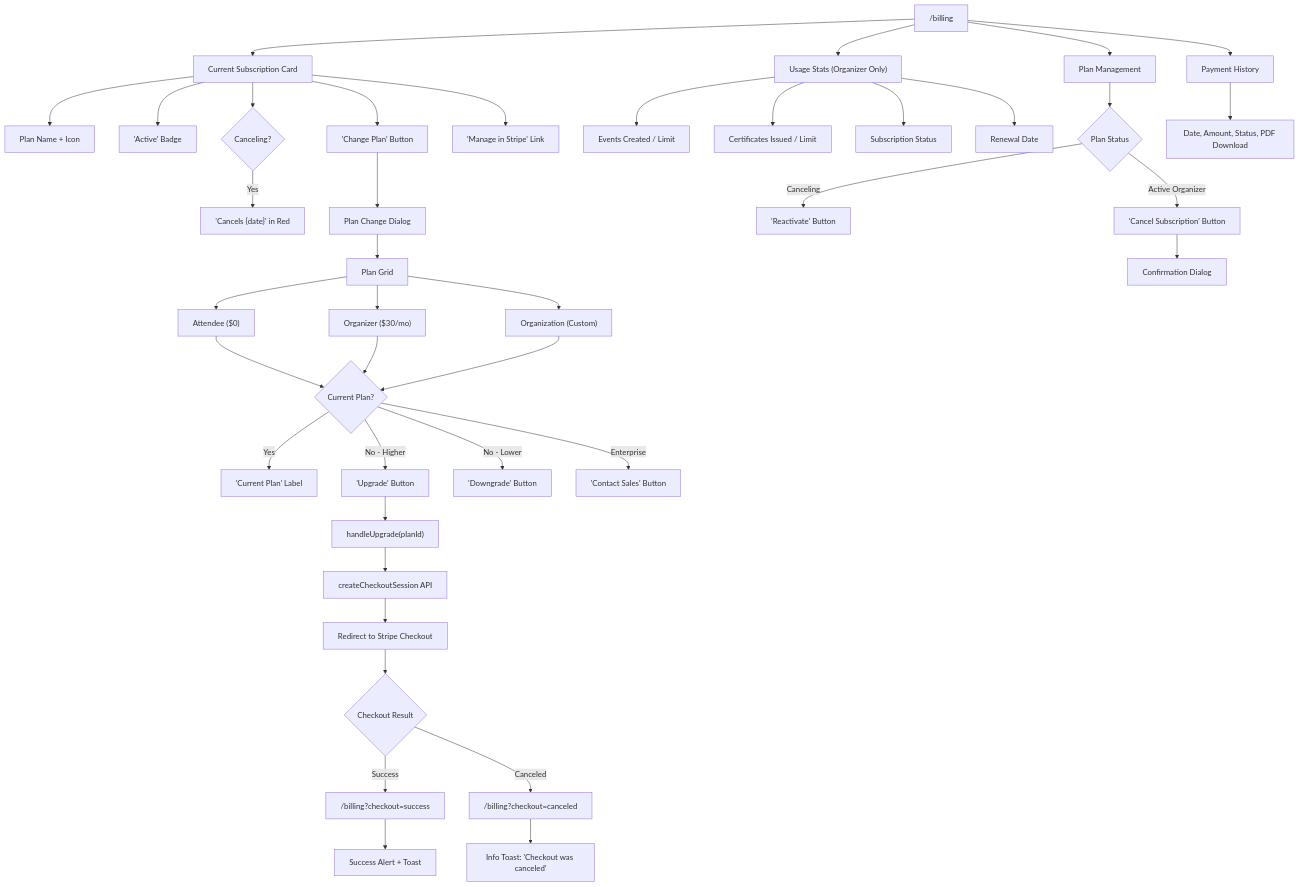
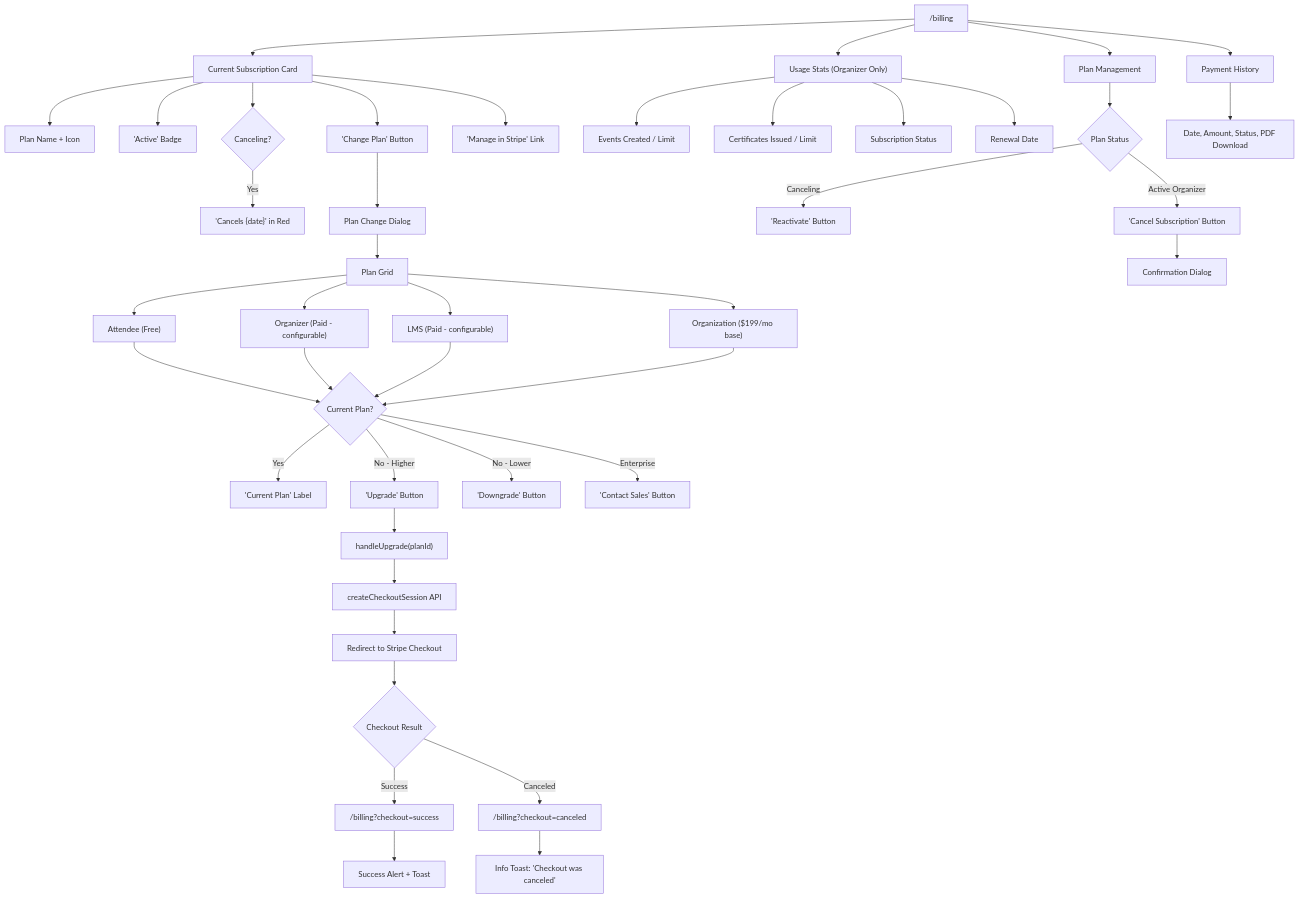
Before and after one commit to Rutvikrj26/cpd_events: diagram 17 of 29 in frontend/USER_WORKFLOWS.md, drawn with Mermaid. The commit also changed other lines of this file and 305 other files, not shown here.

````diff
--- a/frontend/USER_WORKFLOWS.md
+++ b/frontend/USER_WORKFLOWS.md
@@ -659,48 +659,50 @@
 ```mermaid
 flowchart TD
     A["/billing"] --> B["Current Subscription Card"]
     B --> B1["Plan Name + Icon"]
     B --> B2["'Active' Badge"]
     B --> B3{Canceling?}
     B3 -->|Yes| B4["'Cancels {date}' in Red"]
     B --> B5["'Change Plan' Button"]
     B --> B6["'Manage in Stripe' Link"]
 
     B5 --> C["Plan Change Dialog"]
     C --> D["Plan Grid"]
-    D --> D1["Attendee ($0)"]
-    D --> D2["Organizer ($30/mo)"]
-    D --> D3["Organization (Custom)"]
+    D --> D1["Attendee (Free)"]
+    D --> D2["Organizer (Paid - configurable)"]
+    D --> D3["LMS (Paid - configurable)"]
+    D --> D4["Organization ($199/mo base)"]
 
     D1 --> E{Current Plan?}
     D2 --> E
     D3 --> E
+    D4 --> E
     E -->|Yes| F["'Current Plan' Label"]
     E -->|No - Higher| G["'Upgrade' Button"]
     E -->|No - Lower| H["'Downgrade' Button"]
     E -->|Enterprise| I["'Contact Sales' Button"]
 
     G --> J["handleUpgrade(planId)"]
     J --> K["createCheckoutSession API"]
     K --> L["Redirect to Stripe Checkout"]
     L --> M{Checkout Result}
     M -->|Success| N["/billing?checkout=success"]
     N --> O["Success Alert + Toast"]
     M -->|Canceled| P["/billing?checkout=canceled"]
     P --> Q["Info Toast: 'Checkout was canceled'"]
 
     A --> R["Usage Stats (Organizer Only)"]
     R --> R1["Events Created / Limit"]
     R --> R2["Certificates Issued / Limit"]
     R --> R3["Subscription Status"]
     R --> R4["Renewal Date"]
 
     A --> S["Plan Management"]
     S --> S1{Plan Status}
     S1 -->|Canceling| S2["'Reactivate' Button"]
     S1 -->|Active Organizer| S3["'Cancel Subscription' Button"]
     S3 --> S4["Confirmation Dialog"]
 
     A --> T["Payment History"]
     T --> T1["Date, Amount, Status, PDF Download"]
 ```
````
